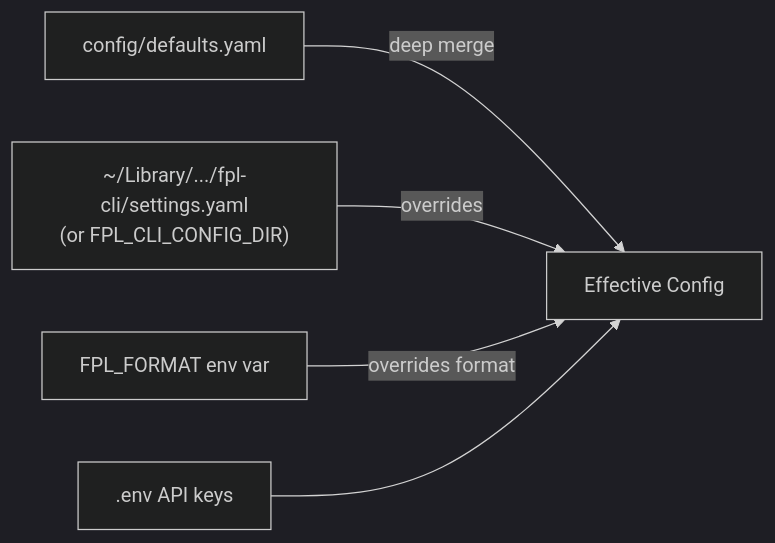
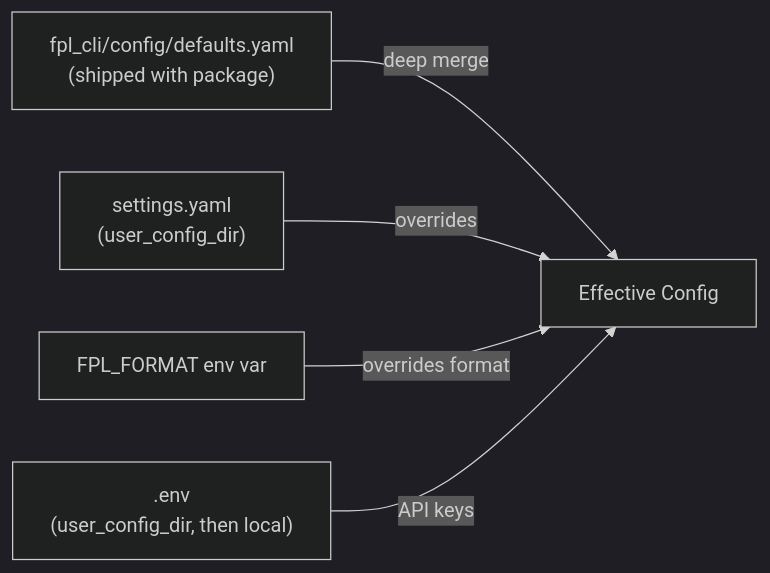
One commit to rossgroomio/fpl-cli changed the seventh of 7 diagrams in docs/architecture.md. Above: the diagram before and after it, drawn with Mermaid (dark theme). The commit also changed other lines of this file and 1 other file, not shown here.

First line of the commit message:
docs: fix architecture module map paths, remove dead transfer_plan.json reference

````diff
--- a/docs/architecture.md
+++ b/docs/architecture.md
@@ -589,7 +585,7 @@
 ```mermaid
 flowchart LR
-    A[config/defaults.yaml] -->|deep merge| C[Effective Config]
-    B["~/Library/.../fpl-cli/settings.yaml<br/>(or FPL_CLI_CONFIG_DIR)"] -->|overrides| C
+    A["fpl_cli/config/defaults.yaml<br/>(shipped with package)"] -->|deep merge| C[Effective Config]
+    B["settings.yaml<br/>(user_config_dir)"] -->|overrides| C
     D["FPL_FORMAT env var"] -->|overrides format| C
-    E[".env API keys"] --> C
+    E[".env<br/>(user_config_dir, then local)"] -->|API keys| C
 ```
````
